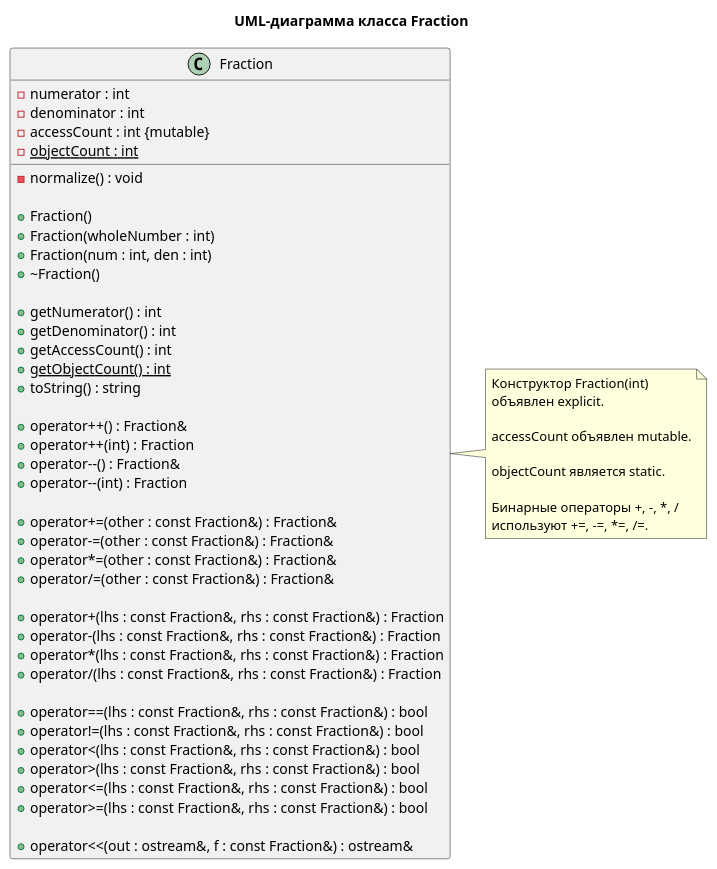
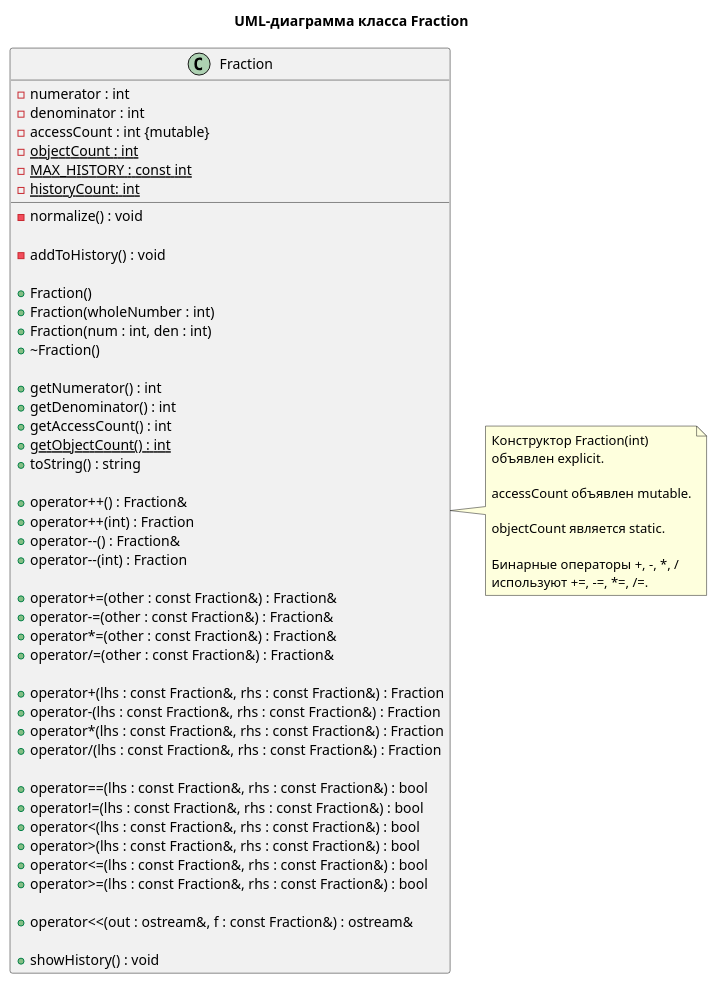
Before and after one commit to sncsoew/OOP: the diagram in LAB_3/diagram.puml, drawn with PlantUML. The commit also changed 41 other files, not shown here.

```diff
--- a/LAB_3/diagram.puml
+++ b/LAB_3/diagram.puml
@@ -1,61 +1,67 @@
 @startuml lab3
 
 title UML-диаграмма класса Fraction
 
 class Fraction {
     - numerator : int
     - denominator : int
     - accessCount : int {mutable}
     - objectCount : int {static}
+    - MAX_HISTORY : const int {static}
+    - historyCount: int {static}
 
     - normalize() : void
+
+    - addToHistory() : void
 
     + Fraction()
     + Fraction(wholeNumber : int)
     + Fraction(num : int, den : int)
     + ~Fraction()
 
     + getNumerator() : int
     + getDenominator() : int
     + getAccessCount() : int
     + getObjectCount() : int {static}
     + toString() : string
 
     + operator++() : Fraction&
     + operator++(int) : Fraction
     + operator--() : Fraction&
     + operator--(int) : Fraction
 
     + operator+=(other : const Fraction&) : Fraction&
     + operator-=(other : const Fraction&) : Fraction&
     + operator*=(other : const Fraction&) : Fraction&
     + operator/=(other : const Fraction&) : Fraction&
 
     + operator+(lhs : const Fraction&, rhs : const Fraction&) : Fraction
     + operator-(lhs : const Fraction&, rhs : const Fraction&) : Fraction
     + operator*(lhs : const Fraction&, rhs : const Fraction&) : Fraction
     + operator/(lhs : const Fraction&, rhs : const Fraction&) : Fraction
 
     + operator==(lhs : const Fraction&, rhs : const Fraction&) : bool
     + operator!=(lhs : const Fraction&, rhs : const Fraction&) : bool
     + operator<(lhs : const Fraction&, rhs : const Fraction&) : bool
     + operator>(lhs : const Fraction&, rhs : const Fraction&) : bool
     + operator<=(lhs : const Fraction&, rhs : const Fraction&) : bool
     + operator>=(lhs : const Fraction&, rhs : const Fraction&) : bool
 
     + operator<<(out : ostream&, f : const Fraction&) : ostream&
+
+    + showHistory() : void
 }
 
 note right of Fraction
     Конструктор Fraction(int)
     объявлен explicit.
 
     accessCount объявлен mutable.
 
     objectCount является static.
 
     Бинарные операторы +, -, *, /
     используют +=, -=, *=, /=.
 end note
 
 @enduml
```
